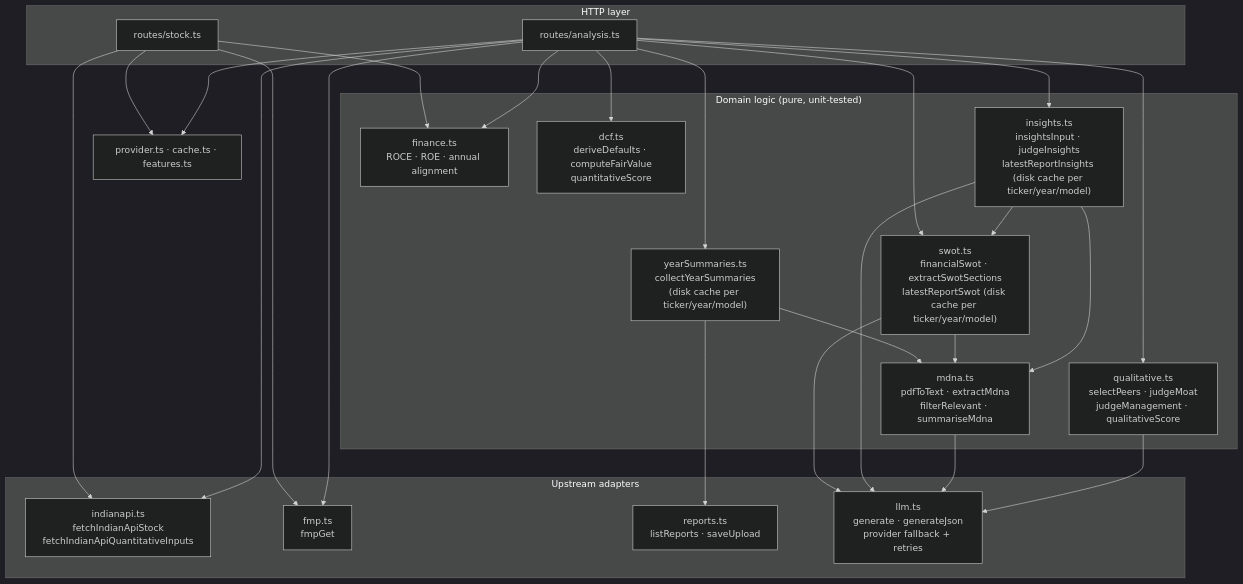
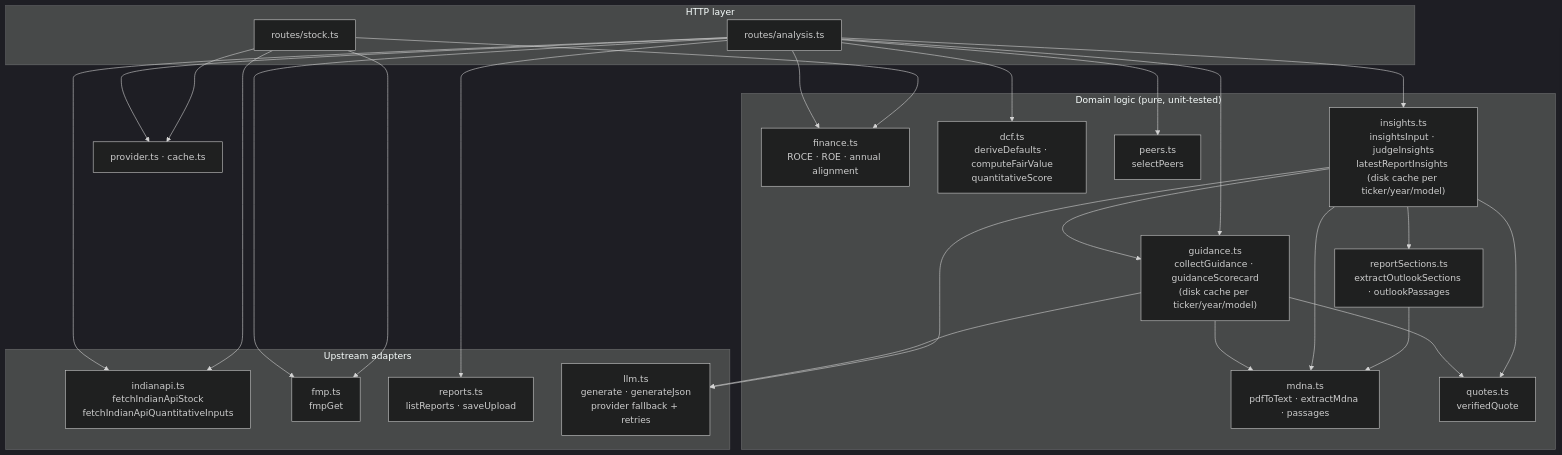
Before and after one commit to vigneshsn/dcf-stock-valuation: the second of 5 diagrams in docs/architecture.md, drawn with Mermaid (dark theme). The commit also changed other lines of this file and 41 other files, not shown here.

First line of the commit message:
feat: Management & annual report block; retire SWOT and Qualitative analysis (#20)

````diff
--- a/docs/architecture.md
+++ b/docs/architecture.md
@@ -80,34 +79,33 @@
 ```mermaid
 flowchart TB
     subgraph routes["HTTP layer"]
         stockR["routes/stock.ts"]
         analysisR["routes/analysis.ts"]
     end
 
     subgraph adapters["Upstream adapters"]
         indianapi["indianapi.ts<br/>fetchIndianApiStock<br/>fetchIndianApiQuantitativeInputs"]
         fmpA["fmp.ts<br/>fmpGet"]
         reports["reports.ts<br/>listReports · saveUpload"]
         llmA["llm.ts<br/>generate · generateJson<br/>provider fallback + retries"]
     end
 
     subgraph domain["Domain logic (pure, unit-tested)"]
         finance["finance.ts<br/>ROCE · ROE · annual alignment"]
         dcf["dcf.ts<br/>deriveDefaults · computeFairValue<br/>quantitativeScore"]
-        mdna["mdna.ts<br/>pdfToText · extractMdna<br/>filterRelevant · summariseMdna"]
-        years["yearSummaries.ts<br/>collectYearSummaries<br/>(disk cache per ticker/year/model)"]
-        qual["qualitative.ts<br/>selectPeers · judgeMoat<br/>judgeManagement · qualitativeScore"]
-        swot["swot.ts<br/>financialSwot · extractSwotSections<br/>latestReportSwot (disk cache per ticker/year/model)"]
+        mdna["mdna.ts<br/>pdfToText · extractMdna · passages"]
+        sections["reportSections.ts<br/>extractOutlookSections · outlookPassages"]
+        quotes["quotes.ts<br/>verifiedQuote"]
+        peers["peers.ts<br/>selectPeers"]
+        guidance["guidance.ts<br/>collectGuidance · guidanceScorecard<br/>(disk cache per ticker/year/model)"]
         insights["insights.ts<br/>insightsInput · judgeInsights<br/>latestReportInsights (disk cache per ticker/year/model)"]
     end
 
-    infra["provider.ts · cache.ts · features.ts"]
+    infra["provider.ts · cache.ts"]
 
     stockR --> indianapi & fmpA & finance & infra
-    analysisR --> indianapi & fmpA & dcf & years & qual & swot & insights & finance & infra
-    years --> reports & mdna
-    swot --> mdna & llmA
-    insights --> mdna & swot & llmA
-    mdna --> llmA
-    qual --> llmA
+    analysisR --> indianapi & fmpA & reports & dcf & peers & guidance & insights & finance & infra
+    sections --> mdna
+    insights --> mdna & sections & quotes & guidance & llmA
+    guidance --> mdna & quotes & llmA
 ```
````
